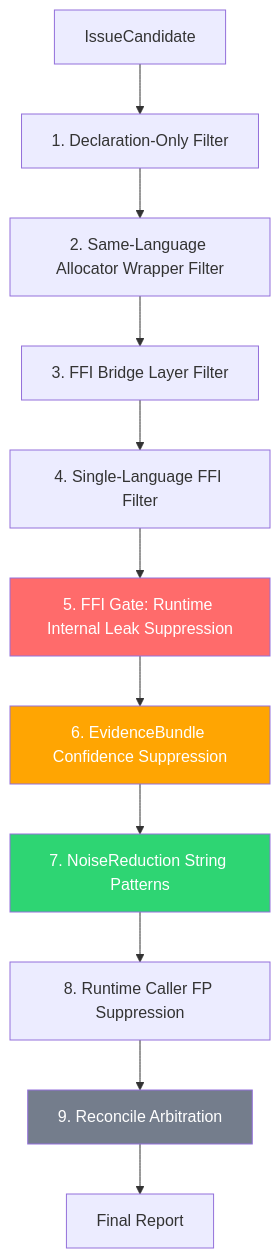
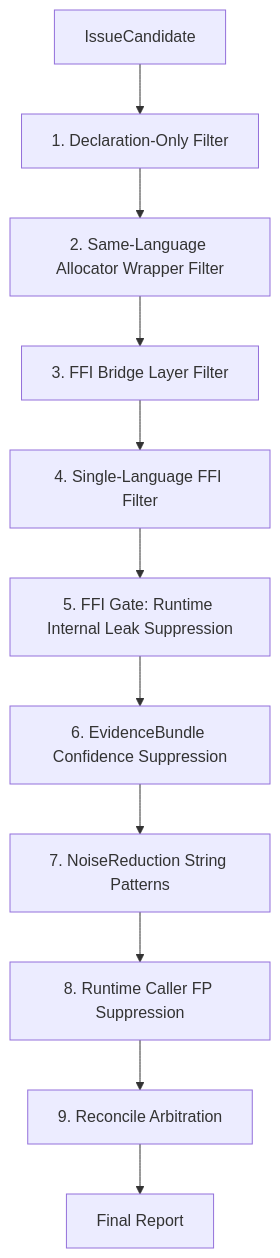
One commit to Timwood0x10/myblog changed the first of 6 diagrams in content/log/omniscope-rs/03-noise-reduction.md. Above: the diagram before and after it, drawn with Mermaid. The commit also changed 11 other files, not shown here.

Commit message:
refactor(theme): unify Mermaid chart theme styles

````diff
--- a/content/log/omniscope-rs/03-noise-reduction.md
+++ b/content/log/omniscope-rs/03-noise-reduction.md
@@ -75,18 +75,14 @@
 ```mermaid
 flowchart TD
     A[IssueCandidate] --> B[1. Declaration-Only Filter]
     B --> C[2. Same-Language Allocator Wrapper Filter]
     C --> D[3. FFI Bridge Layer Filter]
     D --> E[4. Single-Language FFI Filter]
     E --> F[5. FFI Gate: Runtime Internal Leak Suppression]
     F --> G[6. EvidenceBundle Confidence Suppression]
     G --> H[7. NoiseReduction String Patterns]
     H --> I[8. Runtime Caller FP Suppression]
     I --> J[9. Reconcile Arbitration]
     J --> K[Final Report]
 
-    style F fill:#ff6b6b,color:#fff
-    style G fill:#ffa502,color:#fff
-    style H fill:#2ed573,color:#fff
-    style J fill:#747d8c,color:#fff
 ```
````
